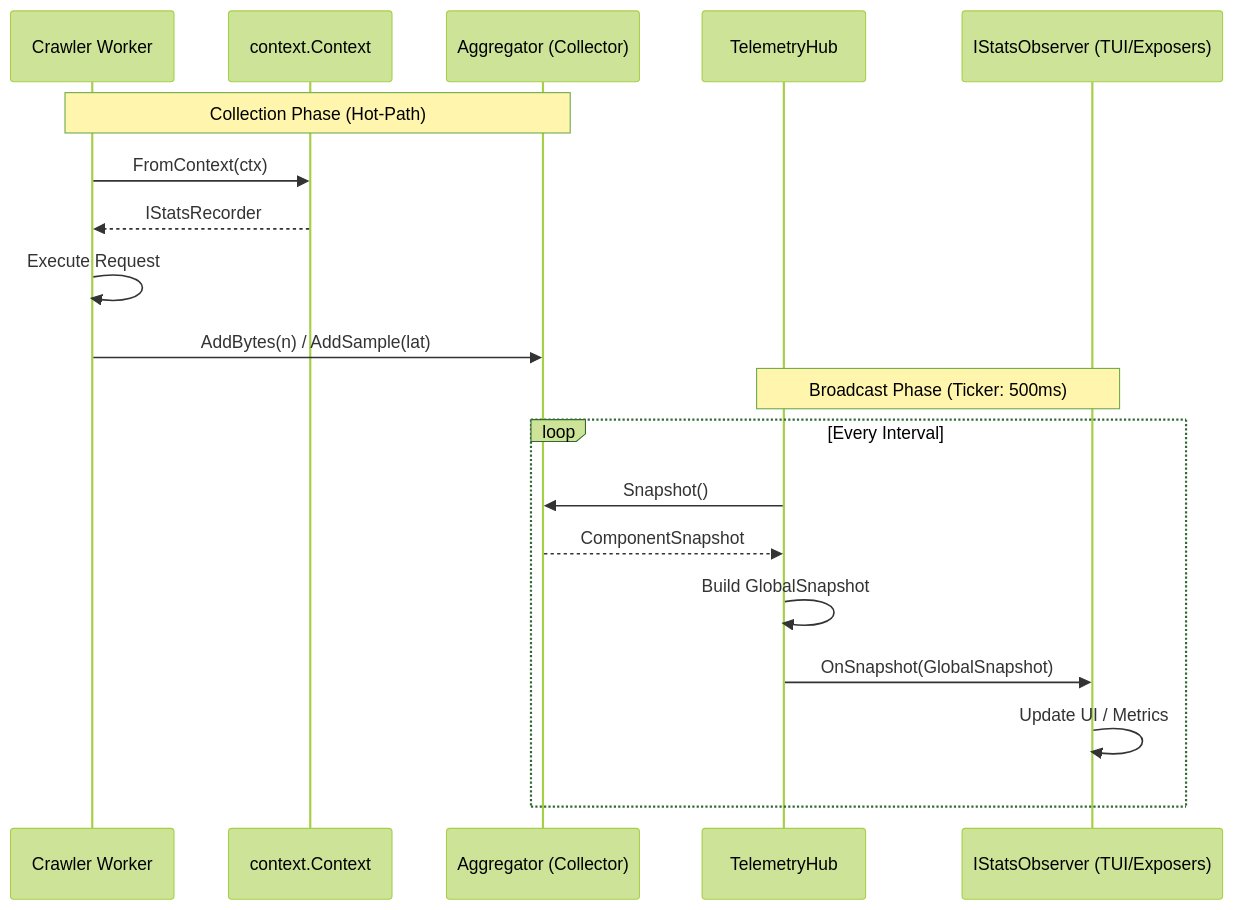
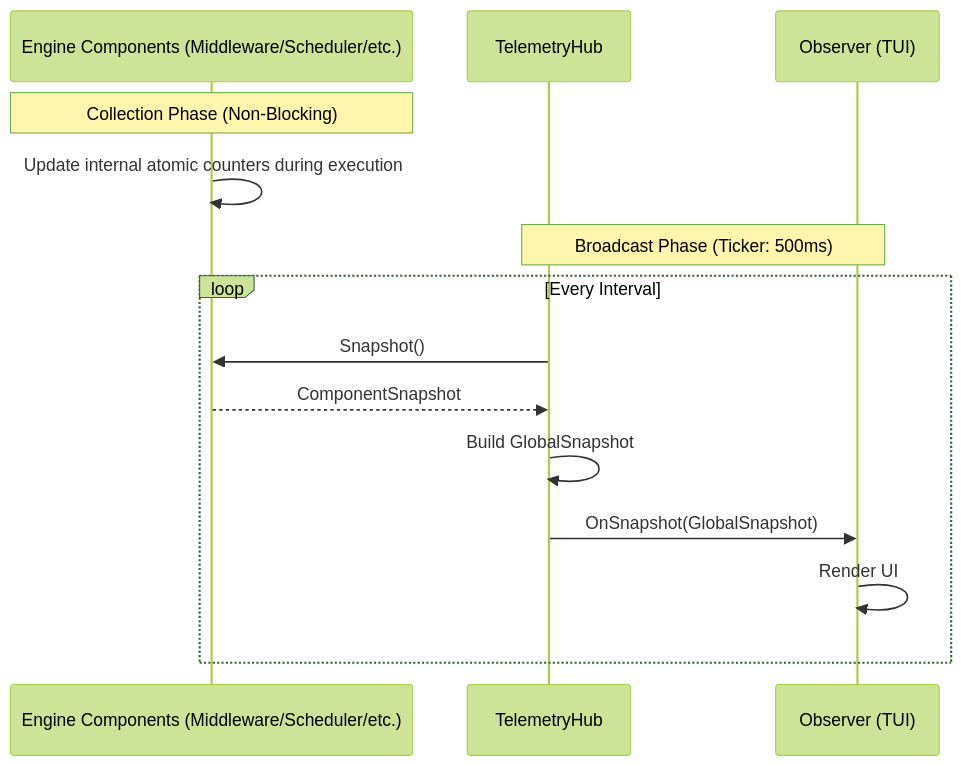
Before and after one commit to tech-engine/goscrapy: the second of 2 diagrams in docs/telemetry_diagram.md, drawn with Mermaid (forest theme). The commit also changed other lines of this file and 1 other file, not shown here.

````diff
--- a/docs/telemetry_diagram.md
+++ b/docs/telemetry_diagram.md
@@ -37,23 +44,18 @@
 ```mermaid
 sequenceDiagram
-    participant Worker as Crawler Worker
-    participant Context as context.Context
-    participant Collector as Aggregator (Collector)
+    participant Components as Engine Components (Middleware/Scheduler/etc.)
     participant Hub as TelemetryHub
-    participant Observer as IStatsObserver (TUI/Exposers)
+    participant Observer as Observer (TUI)
 
-    Note over Worker, Collector: Collection Phase (Hot-Path)
-    Worker->>Context: FromContext(ctx)
-    Context-->>Worker: IStatsRecorder
-    Worker->>Worker: Execute Request
-    Worker->>Collector: AddBytes(n) / AddSample(lat)
+    Note over Components: Collection Phase (Non-Blocking)
+    Components->>Components: Update internal atomic counters during execution
     
     Note over Hub, Observer: Broadcast Phase (Ticker: 500ms)
     loop Every Interval
-        Hub->>Collector: Snapshot()
-        Collector-->>Hub: ComponentSnapshot
+        Hub->>Components: Snapshot()
+        Components-->>Hub: ComponentSnapshot
         Hub->>Hub: Build GlobalSnapshot
         Hub->>Observer: OnSnapshot(GlobalSnapshot)
-        Observer->>Observer: Update UI / Metrics
+        Observer->>Observer: Render UI
     end
 ```
````
